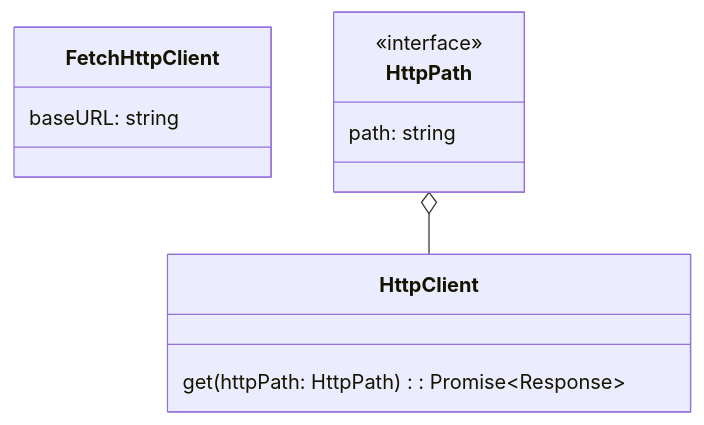
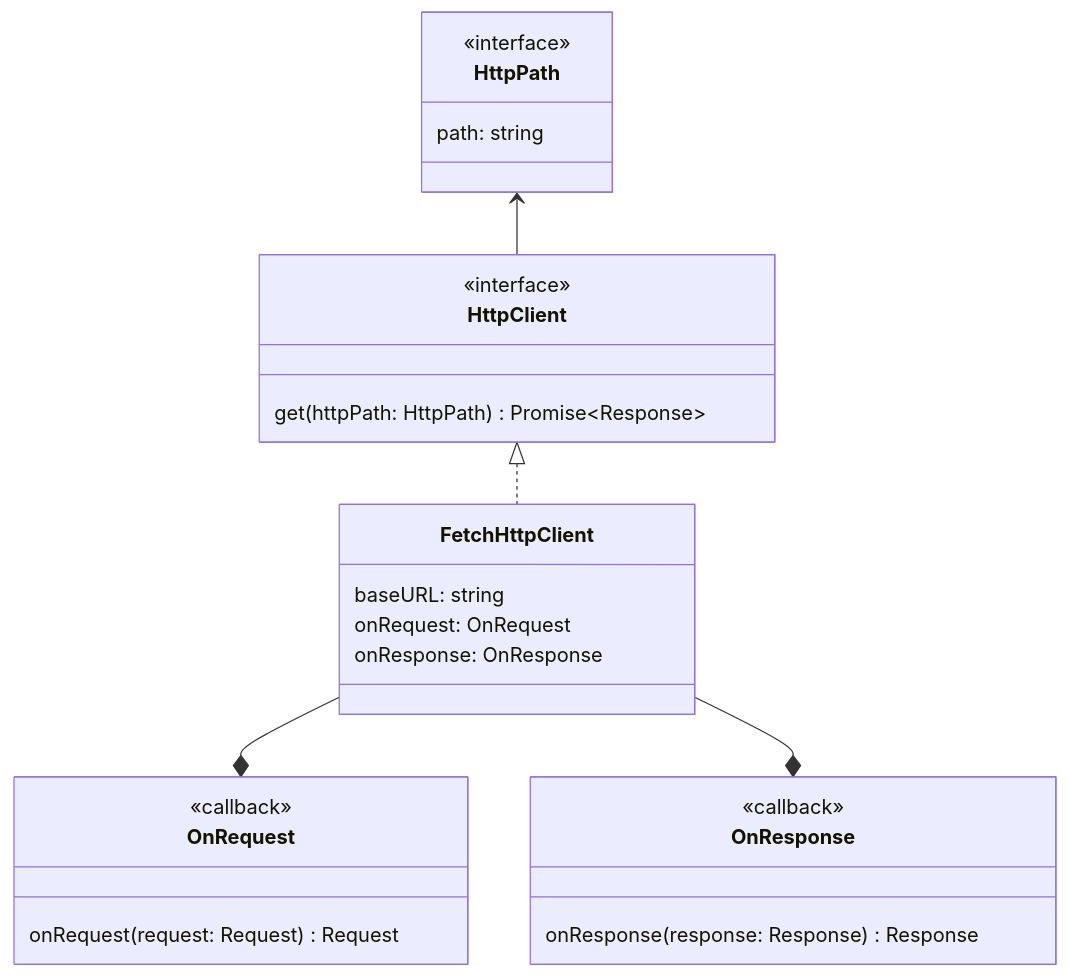
The diagram in docs/diagrams/v2/network/http/http.md (vechain/vechain-sdk-js), drawn with Mermaid before and after one commit.

Commit message:
feat: v2 thor account dev...

````diff
--- a/docs/diagrams/v2/network/http/http.md
+++ b/docs/diagrams/v2/network/http/http.md
@@ -1,15 +1,28 @@
 ```mermaid
 classDiagram
     class FetchHttpClient {
         baseURL: string
-        
+        onRequest: OnRequest
+        onResponse: OnResponse
     }
     class HttpClient {
-        get(httpPath: HttpPath): Promise~Response~
+        <<interface>>
+        get(httpPath: HttpPath) Promise~Response~
     }
     class HttpPath {
         <<interface>>
         path: string
     }
-    HttpPath o-- HttpClient
+    class OnRequest {
+        <<callback>>
+        onRequest(request: Request) Request
+    }
+    class OnResponse{
+        <<callback>>
+        onResponse(response: Response) Response
+    }
+    HttpPath <-- HttpClient
+    HttpClient <|.. FetchHttpClient
+    FetchHttpClient --* OnRequest
+    FetchHttpClient --* OnResponse
 ```
````
